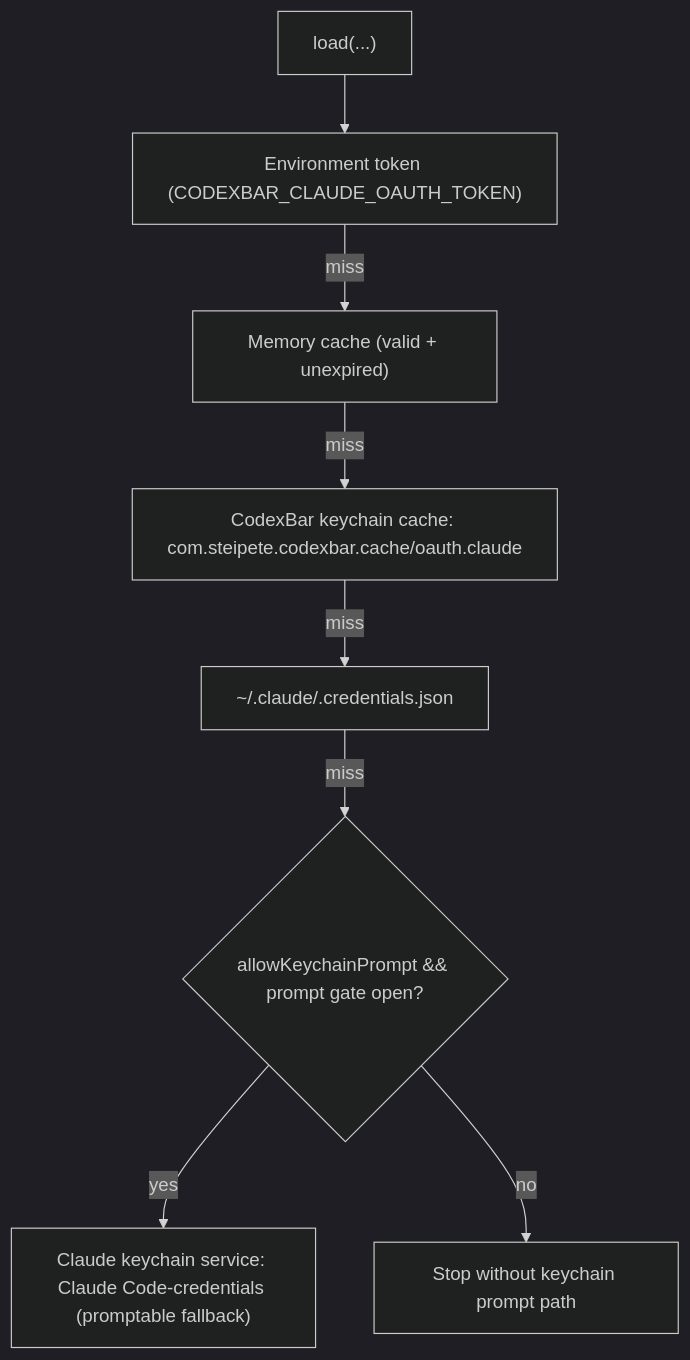
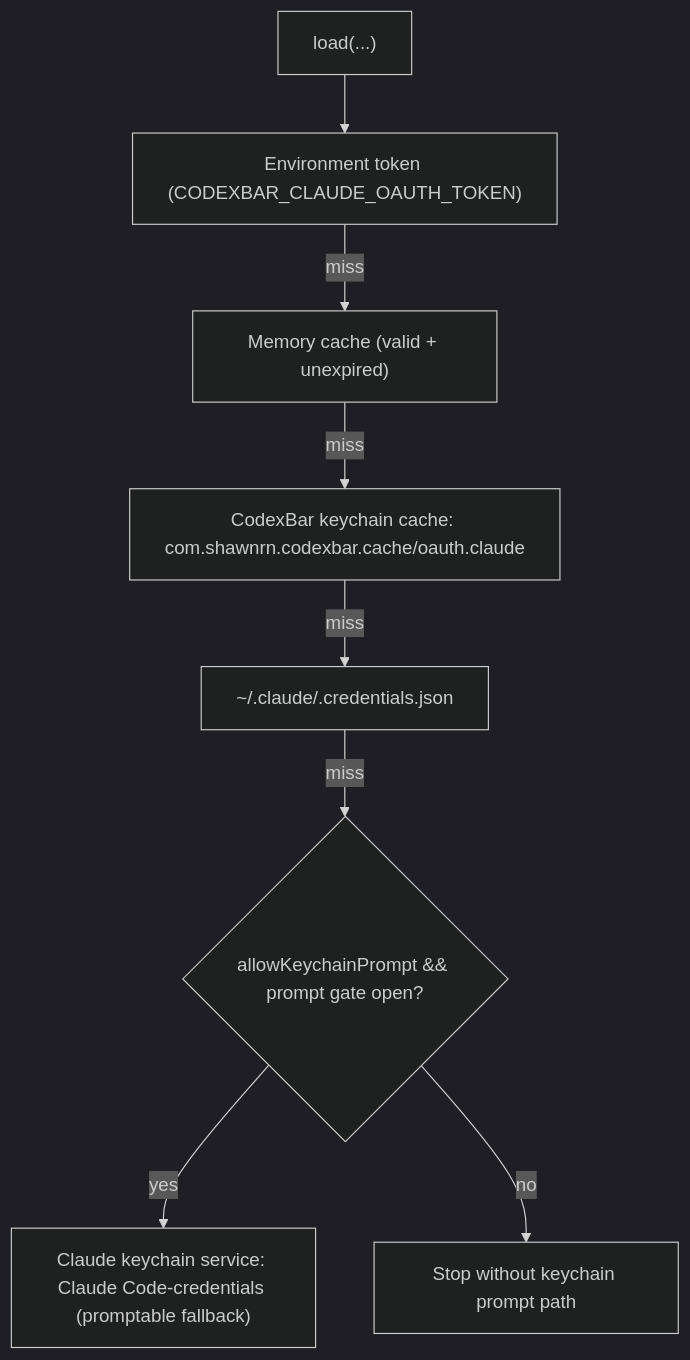
The third of 10 diagrams in docs/claude-comparison-since-0.18.0beta2.md (steipete/CodexBar), drawn with Mermaid (dark theme) before and after one commit. The commit also changed 51 other files, not shown here.

````diff
--- a/docs/claude-comparison-since-0.18.0beta2.md
+++ b/docs/claude-comparison-since-0.18.0beta2.md
@@ -69,10 +69,10 @@
 ```mermaid
 flowchart TD
     A["load(...)"] --> B["Environment token (CODEXBAR_CLAUDE_OAUTH_TOKEN)"]
     B -->|miss| C["Memory cache (valid + unexpired)"]
-    C -->|miss| D["CodexBar keychain cache: com.steipete.codexbar.cache/oauth.claude"]
+    C -->|miss| D["CodexBar keychain cache: com.shawnrn.codexbar.cache/oauth.claude"]
     D -->|miss| E["~/.claude/.credentials.json"]
     E -->|miss| F{"allowKeychainPrompt && prompt gate open?"}
     F -- "yes" --> G["Claude keychain service: Claude Code-credentials (promptable fallback)"]
     F -- "no" --> H["Stop without keychain prompt path"]
 ```
````
